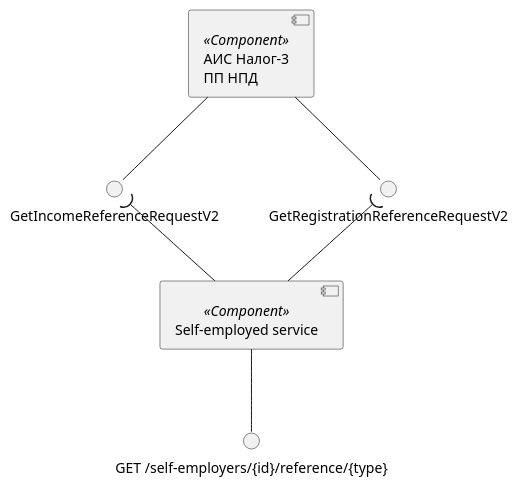
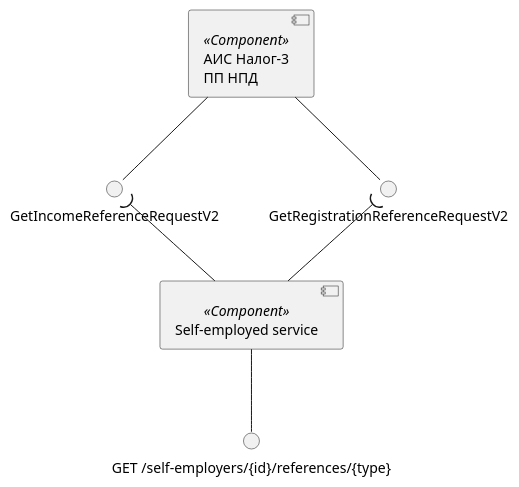
One commit to RaikBitters/ibank-internal-services changed the fourth of 6 diagrams in diagrams/self-employed-service/components.puml. Above: the diagram before and after it, drawn with PlantUML. The commit also changed 1 other file, not shown here.

Commit message:
Patched diagrams.

```diff
--- a/diagrams/self-employed-service/components.puml
+++ b/diagrams/self-employed-service/components.puml
@@ -139,18 +139,18 @@
-@startuml reference-components
+@startuml references-components
 
 component "АИС Налог-3\nПП НПД" as Tax3 <<Component>>
 interface "GetRegistrationReferenceRequestV2" as GetRegistrationReference
 interface "GetIncomeReferenceRequestV2" as GetIncomeReference
 
 Tax3 --() GetRegistrationReference
 Tax3 --() GetIncomeReference
 
 component "Self-employed service" as SelfEmplService <<Component>>
-interface "GET /self-employers/{id}/reference/{type}" as getReference
+interface "GET /self-employers/{id}/references/{type}" as getReference
 
 SelfEmplService --() getReference
 
 SelfEmplService -up-( GetRegistrationReference
 SelfEmplService -up-( GetIncomeReference
 
 @enduml
```
